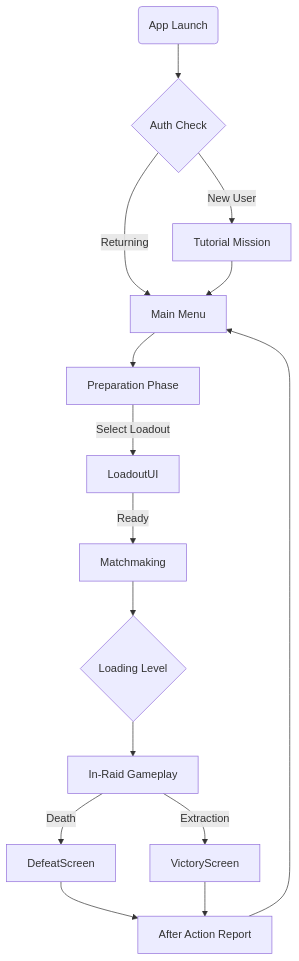
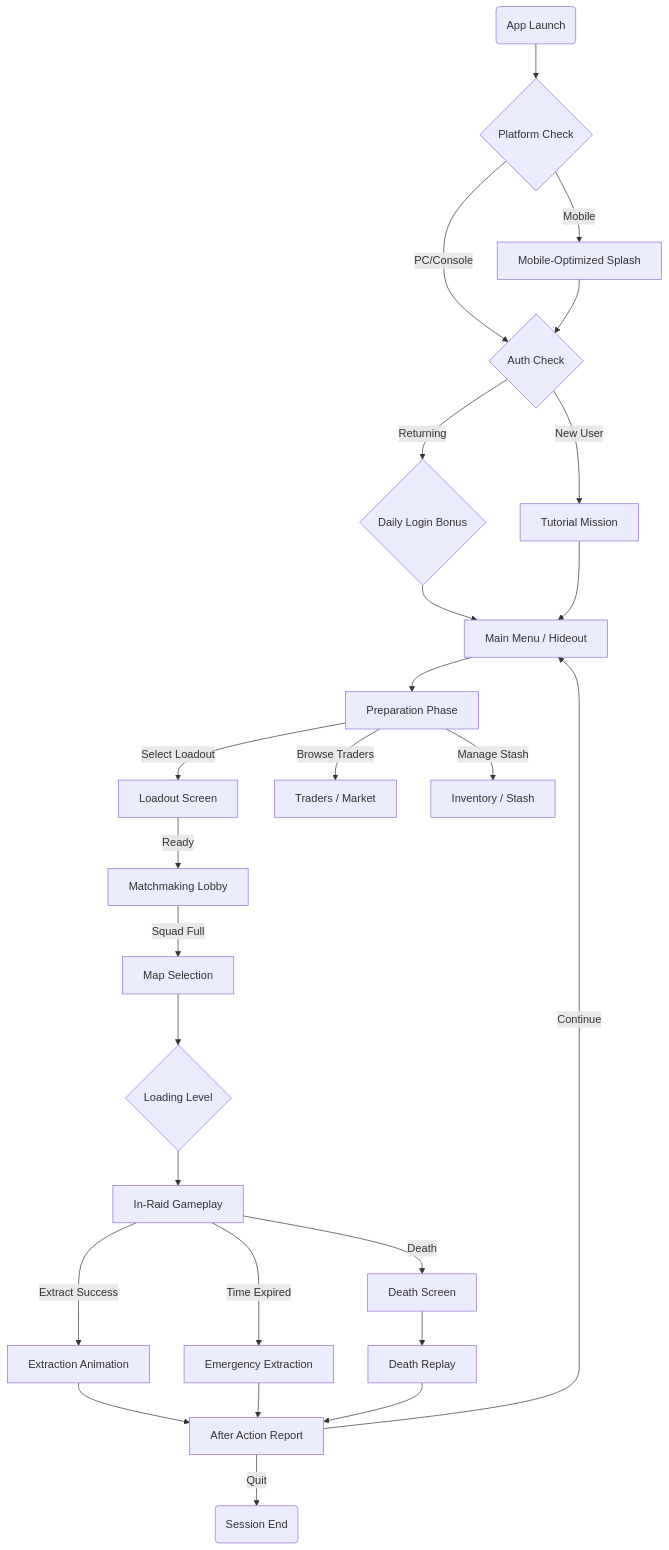
The diagram in content/GDD_Design/UI_UX/UX_Flows.md (oaiba/ExtractionDocument), drawn with Mermaid before and after one commit. The commit also changed other lines of this file and 2 other files, not shown here.

Commit message:
docs: add initial UI/UX design documentation covering UX flows, wireframes, and visual style.

````diff
--- a/content/GDD_Design/UI_UX/UX_Flows.md
+++ b/content/GDD_Design/UI_UX/UX_Flows.md
@@ -10,22 +10,35 @@
 ```mermaid
 graph TD
-    Start(App Launch) --> Login{Auth Check}
+    Start(App Launch) --> Platform{Platform Check}
+    Platform -->|PC/Console| Login{Auth Check}
+    Platform -->|Mobile| MobileOpt[Mobile-Optimized Splash]
+    MobileOpt --> Login
+    
     Login -- New User --> Tutorial[Tutorial Mission]
-    Login -- Returning --> MainMenu[Main Menu]
+    Login -- Returning --> DailyReward{Daily Login Bonus}
+    DailyReward --> MainMenu[Main Menu / Hideout]
     Tutorial --> MainMenu
     
     MainMenu --> Prep[Preparation Phase]
-    Prep -->|Select Loadout| LoadoutUI
-    LoadoutUI -->|Ready| Matchmaking
+    Prep -->|Select Loadout| LoadoutUI[Loadout Screen]
+    Prep -->|Browse Traders| TradersUI[Traders / Market]
+    Prep -->|Manage Stash| InventoryUI[Inventory / Stash]
     
-    Matchmaking --> Loading{Loading Level}
+    LoadoutUI -->|Ready| MatchmakingUI[Matchmaking Lobby]
+    MatchmakingUI -->|Squad Full| MapSelection[Map Selection]
+    MapSelection --> Loading{Loading Level}
+    
     Loading --> Spawn[In-Raid Gameplay]
     
-    Spawn -->|Death| DefeatScreen
-    Spawn -->|Extraction| VictoryScreen
+    Spawn -->|Death| DefeatScreen[Death Screen]
+    Spawn -->|Extract Success| ExtractionUI[Extraction Animation]
+    Spawn -->|Time Expired| ForceExtractUI[Emergency Extraction]
     
-    DefeatScreen --> Summary[After Action Report]
-    VictoryScreen --> Summary
+    DefeatScreen --> DeathCam[Death Replay]
+    ExtractionUI --> Summary[After Action Report]
+    ForceExtractUI --> Summary
+    DeathCam --> Summary
     
-    Summary --> MainMenu
+    Summary -->|Continue| MainMenu
+    Summary -->|Quit| End(Session End)
 ```
````
